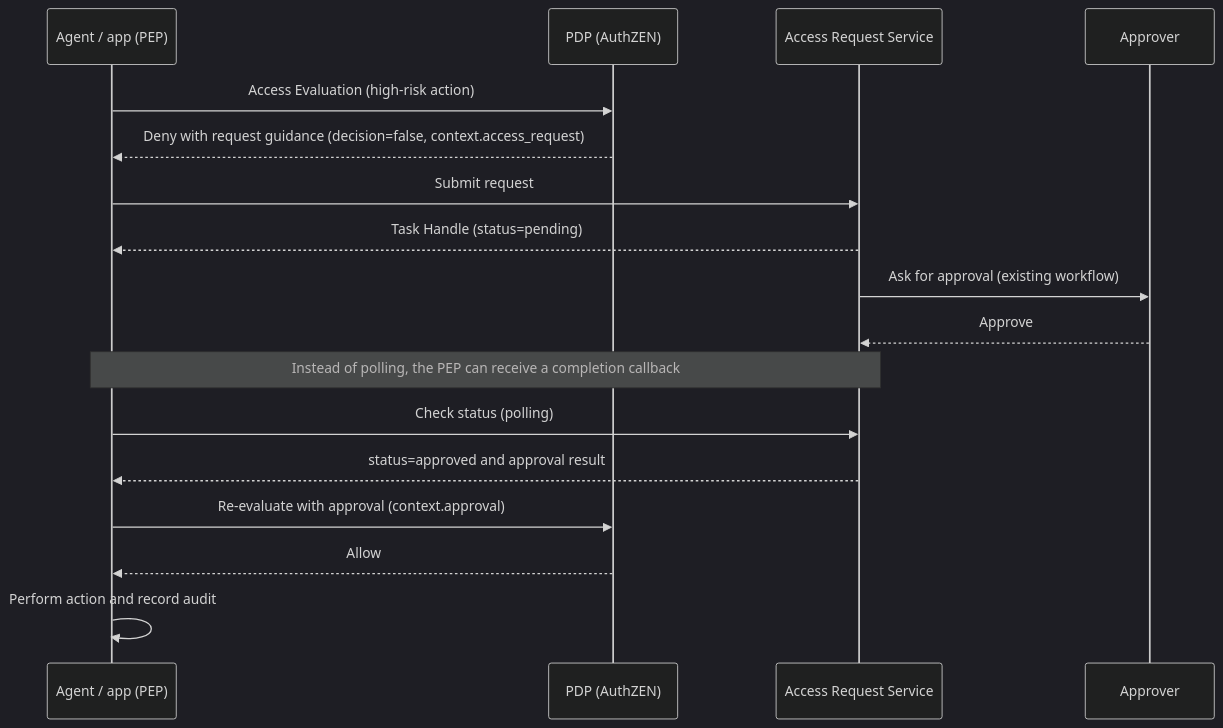
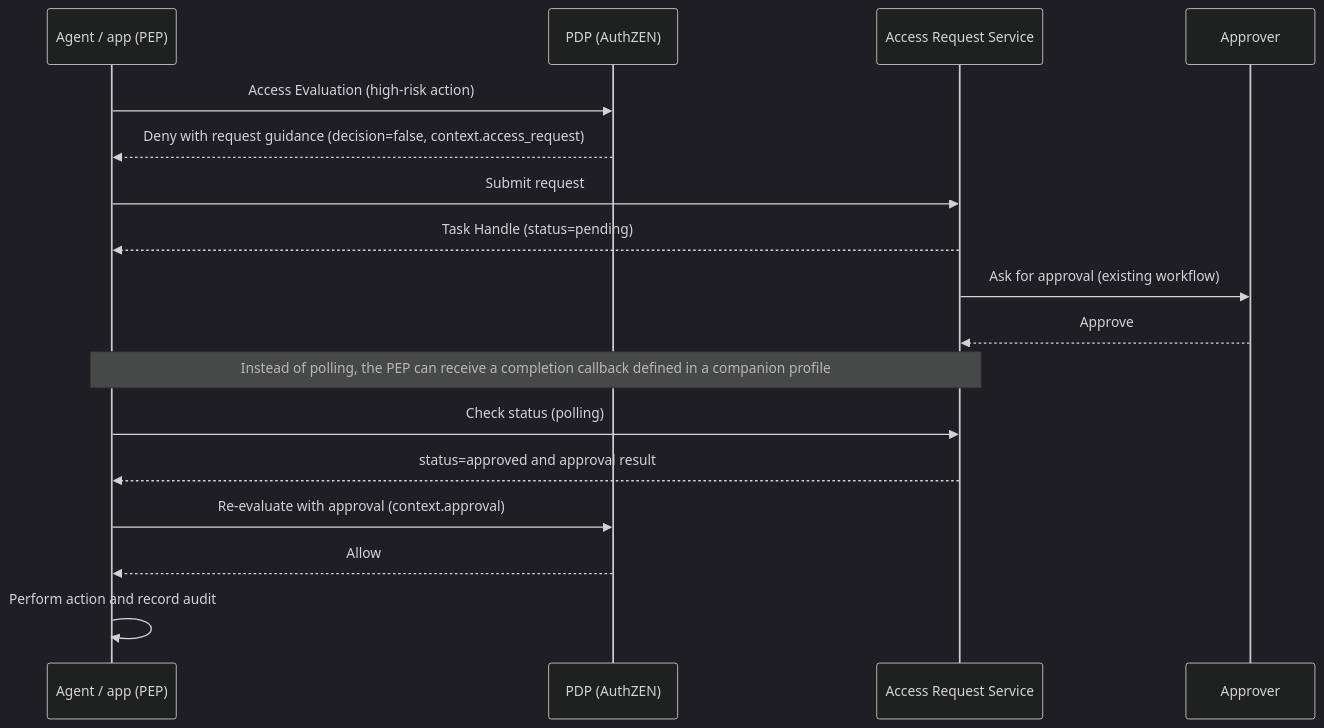
One commit to bmf-san/bmf-tech changed the fifth of 6 diagrams in content/en/posts/authorization-platform-architecture-decisions.md. Above: the diagram before and after it, drawn with Mermaid (dark theme). The commit also changed 1 other file, not shown here.

Commit message:
fix: 認可基盤のアーキテクチャの記事の AARP の完了通知の出どころと fail-closed の主語を原文に合わせる
- 完了通知（callback）は AARP 本体ではなく別のプロファイル（Callback Notifications Profile）で定める
- 申請の状態がわからないときに fail-closed にすべきなのは PEP（AARP §11.5）

````diff
--- a/content/en/posts/authorization-platform-architecture-decisions.md
+++ b/content/en/posts/authorization-platform-architecture-decisions.md
@@ -271,19 +271,19 @@
 ```mermaid
 sequenceDiagram
     participant AG as Agent / app (PEP)
     participant PDP as PDP (AuthZEN)
     participant AR as Access Request Service
     participant M as Approver
     AG->>PDP: Access Evaluation (high-risk action)
     PDP-->>AG: Deny with request guidance (decision=false, context.access_request)
     AG->>AR: Submit request
     AR-->>AG: Task Handle (status=pending)
     AR->>M: Ask for approval (existing workflow)
     M-->>AR: Approve
-    Note over AG,AR: Instead of polling, the PEP can receive a completion callback
+    Note over AG,AR: Instead of polling, the PEP can receive a completion callback defined in a companion profile
     AG->>AR: Check status (polling)
     AR-->>AG: status=approved and approval result
     AG->>PDP: Re-evaluate with approval (context.approval)
     PDP-->>AG: Allow
     AG->>AG: Perform action and record audit
 ```
````
